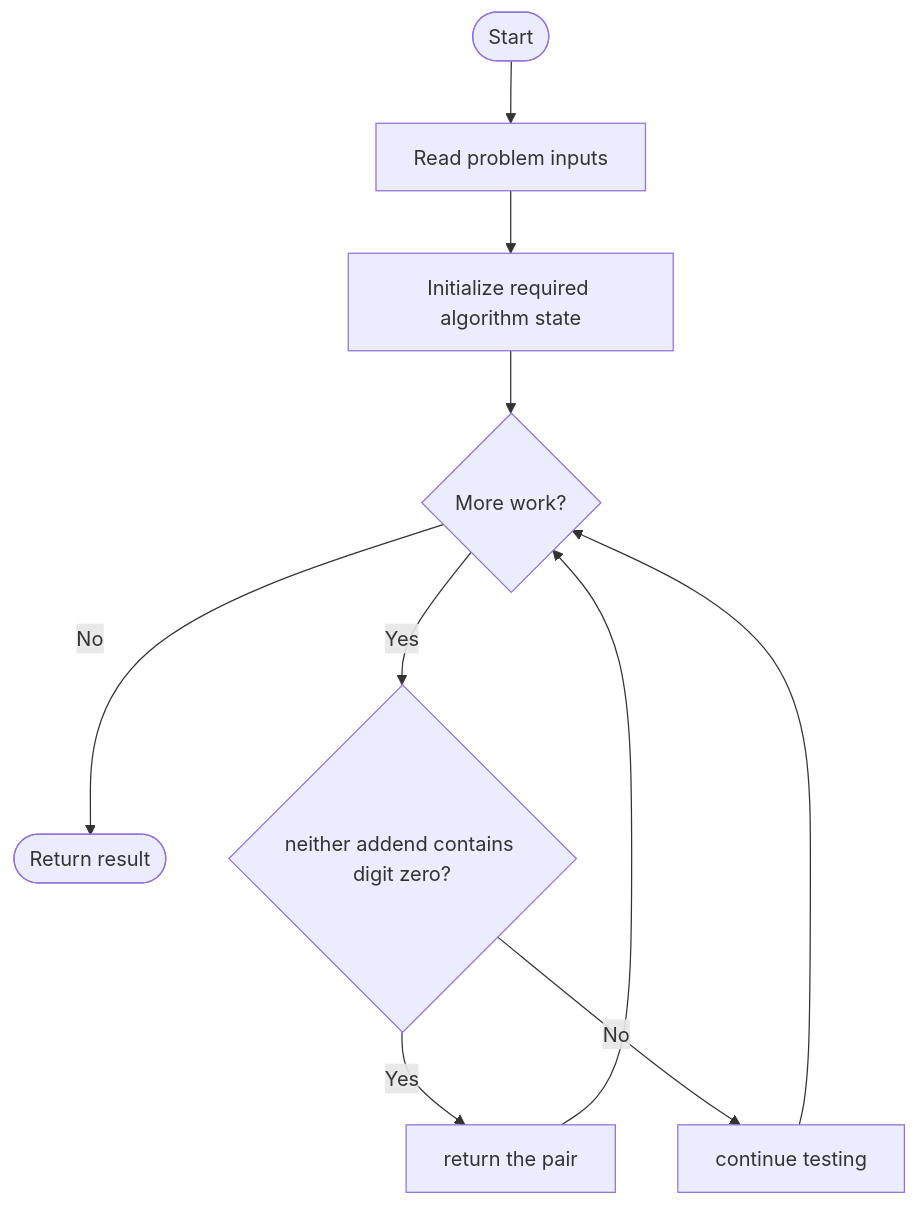
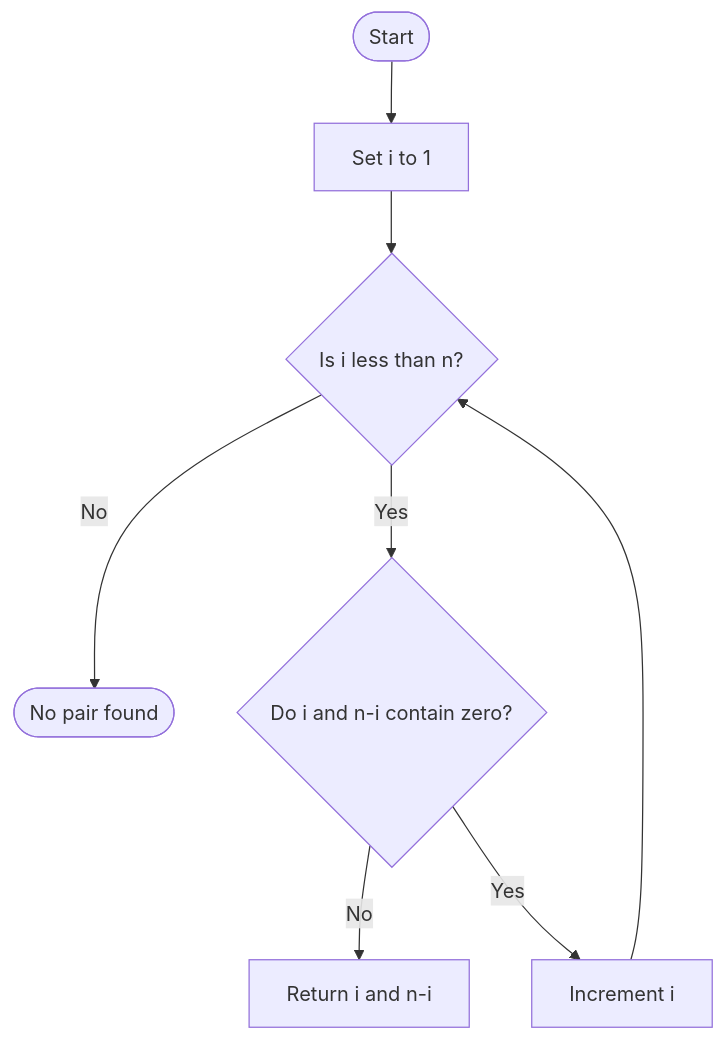
One commit to SAIDEEPBHANGE/C-CPP-Codes changed the diagram in LeetCode/1317/README.md. Above: the diagram before and after it, drawn with Mermaid. The commit also changed other lines of this file and 196 other files, not shown here.

````diff
--- a/LeetCode/1317/README.md
+++ b/LeetCode/1317/README.md
@@ -13,12 +46,10 @@
 ```mermaid
 flowchart TD
-    A([Start]) --> B[Read problem inputs]
-    B --> C[Initialize required algorithm state]
-    C --> D{More work?}
-    D -- No --> Z([Return result])
-    D -- Yes --> E{neither addend contains digit zero?}
-    E -- Yes --> F[return the pair]
-    E -- No --> G[continue testing]
-    F --> D
-    G --> D
+ A([Start]) --> B[Set i to 1]
+ B --> C{Is i less than n?}
+ C -- No --> Z([No pair found])
+ C -- Yes --> D{Do i and n-i contain zero?}
+ D -- No --> E[Return i and n-i]
+ D -- Yes --> F[Increment i]
+ F --> C
 ```
````
